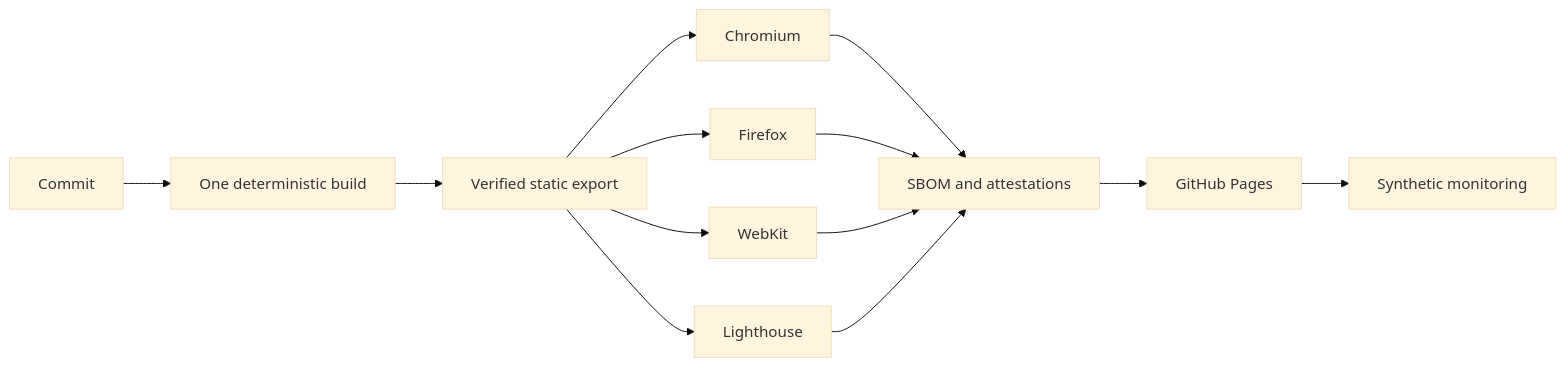
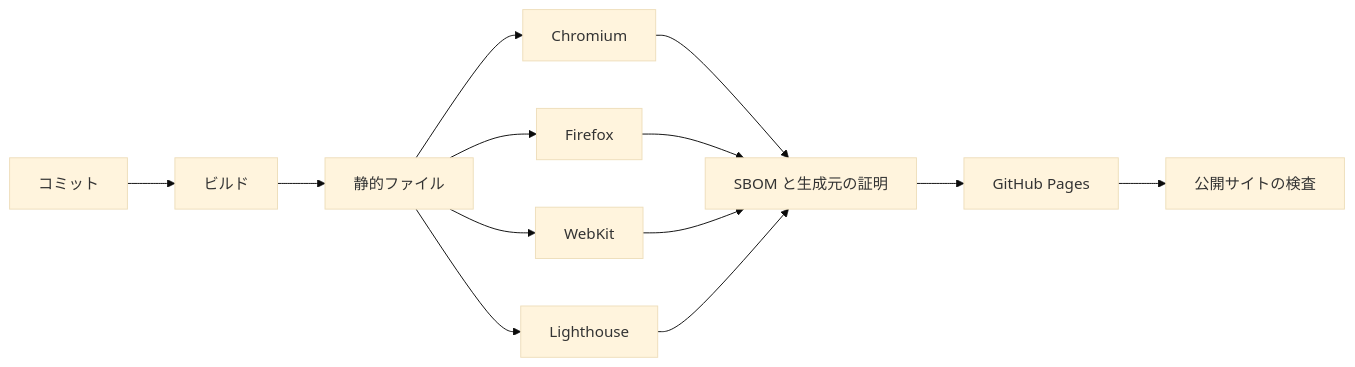
The diagram in docs/operations.md (sasakiuri/sasakiuri.github.io), drawn with Mermaid (base theme) before and after one commit. The commit also changed other lines of this file and 33 other files, not shown here.

````diff
--- a/docs/operations.md
+++ b/docs/operations.md
@@ -52,15 +52,15 @@
 ```mermaid
 flowchart LR
-  Source[Commit] --> Build[One deterministic build]
-  Build --> Artifact[Verified static export]
+  Source[コミット] --> Build[ビルド]
+  Build --> Artifact[静的ファイル]
   Artifact --> Chromium[Chromium]
   Artifact --> Firefox[Firefox]
   Artifact --> WebKit[WebKit]
   Artifact --> Lighthouse[Lighthouse]
-  Chromium --> Evidence[SBOM and attestations]
-  Firefox --> Evidence
-  WebKit --> Evidence
-  Lighthouse --> Evidence
-  Evidence --> Pages[GitHub Pages]
-  Pages --> Monitor[Synthetic monitoring]
+  Chromium --> Attestation[SBOM と生成元の証明]
+  Firefox --> Attestation
+  WebKit --> Attestation
+  Lighthouse --> Attestation
+  Attestation --> Pages[GitHub Pages]
+  Pages --> Monitor[公開サイトの検査]
 ```
````
